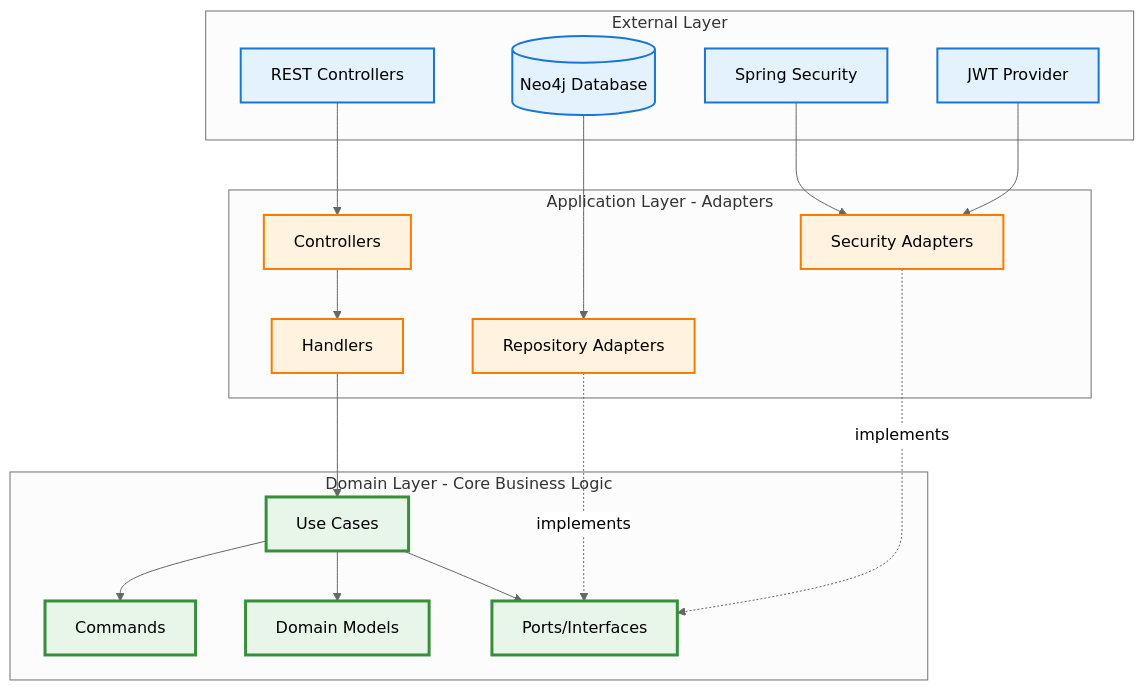
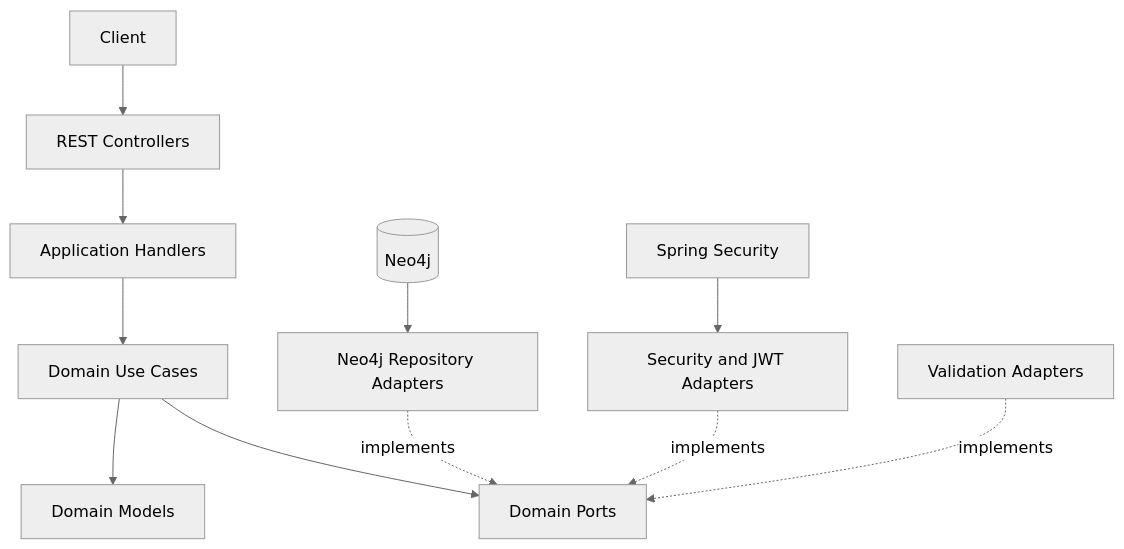
Before and after one commit to Luca5Eckert/vinculo: the second of 3 diagrams in README.md, drawn with Mermaid (neutral theme). The commit also changed other lines of this file, not shown here.

Commit message:
docs: replace scale claims with domain and evidence

````diff
--- a/README.md
+++ b/README.md
@@ -159,43 +101,15 @@
 ```mermaid
-graph TB
-    subgraph "External Layer"
-        REST[REST Controllers]
-        DB[(Neo4j Database)]
-        SEC[Spring Security]
-        JWT[JWT Provider]
-    end
-    
-    subgraph "Application Layer - Adapters"
-        CTRL[Controllers]
-        HANDLER[Handlers]
-        REPO_IMPL[Repository Adapters]
-        SEC_ADAPTER[Security Adapters]
-    end
-    
-    subgraph "Domain Layer - Core Business Logic"
-        UC[Use Cases]
-        CMD[Commands]
-        MODEL[Domain Models]
-        PORT[Ports/Interfaces]
-    end
-    
-    REST --> CTRL
-    CTRL --> HANDLER
-    HANDLER --> UC
-    UC --> CMD
-    UC --> PORT
-    REPO_IMPL -.implements.-> PORT
-    SEC_ADAPTER -.implements.-> PORT
-    DB --> REPO_IMPL
-    SEC --> SEC_ADAPTER
-    JWT --> SEC_ADAPTER
-    UC --> MODEL
-    
-    classDef external fill:#e3f2fd,stroke:#1976d2,stroke-width:2px
-    classDef adapter fill:#fff3e0,stroke:#f57c00,stroke-width:2px
-    classDef domain fill:#e8f5e9,stroke:#388e3c,stroke-width:3px
-    
-    class REST,DB,SEC,JWT external
-    class CTRL,HANDLER,REPO_IMPL,SEC_ADAPTER adapter
-    class UC,CMD,MODEL,PORT domain
+flowchart TB
+    client[Client] --> controllers[REST Controllers]
+    controllers --> handlers[Application Handlers]
+    handlers --> usecases[Domain Use Cases]
+    usecases --> models[Domain Models]
+    usecases --> ports[Domain Ports]
+
+    neoAdapter[Neo4j Repository Adapters] -. implements .-> ports
+    securityAdapter[Security and JWT Adapters] -. implements .-> ports
+    validatorAdapter[Validation Adapters] -. implements .-> ports
+
+    neo4j[(Neo4j)] --> neoAdapter
+    springSecurity[Spring Security] --> securityAdapter
 ```
````
